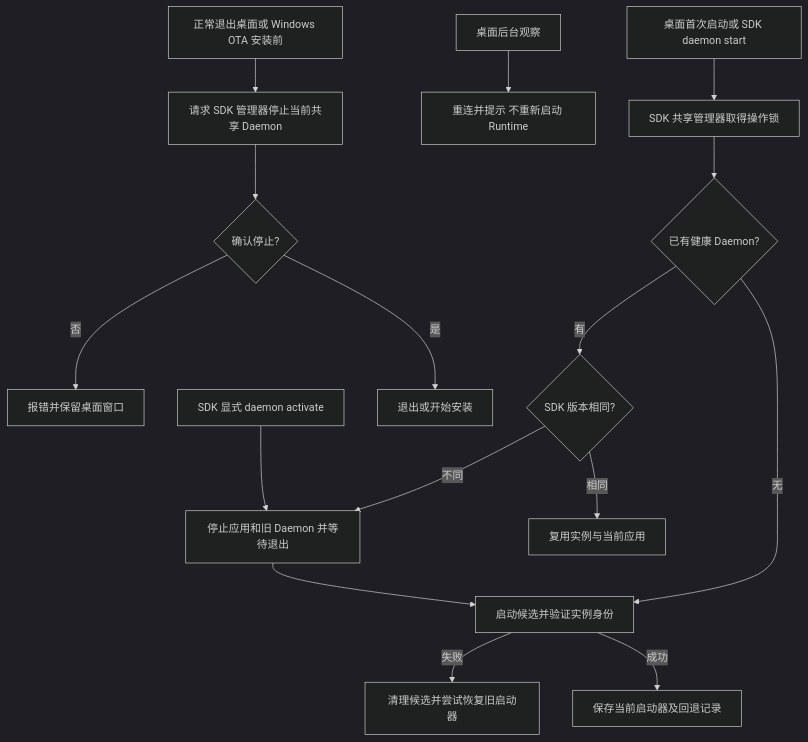
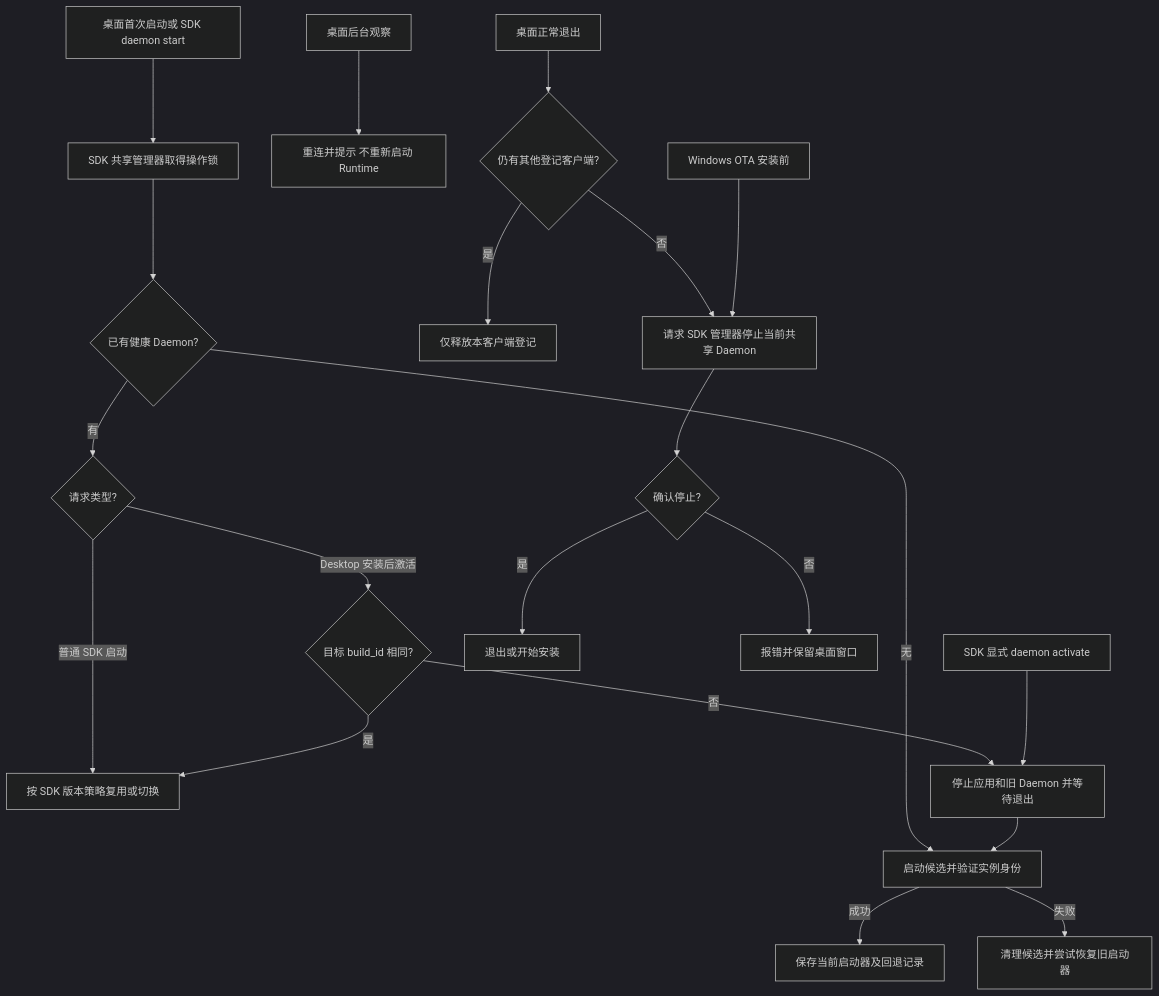
One commit to orulink-ai/WatcheRobot_python_sdk changed the diagram in docs/shared-runtime.zh-CN.md. Above: the diagram before and after it, drawn with Mermaid (dark theme). The commit also changed other lines of this file and 6 other files, not shown here.

````diff
--- a/docs/shared-runtime.zh-CN.md
+++ b/docs/shared-runtime.zh-CN.md
@@ -113,18 +113,23 @@
 ```mermaid
 flowchart TD
     A[桌面首次启动或 SDK daemon start] --> B[SDK 共享管理器取得操作锁]
     B --> C{已有健康 Daemon?}
     C -->|无| D[启动候选并验证实例身份]
-    C -->|有| E{SDK 版本相同?}
-    E -->|相同| F[复用实例与当前应用]
-    E -->|不同| G[停止应用和旧 Daemon 并等待退出]
+    C -->|有| E{请求类型?}
+    E -->|普通 SDK 启动| F[按 SDK 版本策略复用或切换]
+    E -->|Desktop 安装后激活| R{目标 build_id 相同?}
+    R -->|是| F
+    R -->|否| G[停止应用和旧 Daemon 并等待退出]
     G --> D
     D -->|成功| H[保存当前启动器及回退记录]
     D -->|失败| I[清理候选并尝试恢复旧启动器]
     J[SDK 显式 daemon activate] --> G
     K[桌面后台观察] --> L[重连并提示 不重新启动 Runtime]
-    M[正常退出桌面或 Windows OTA 安装前] --> N[请求 SDK 管理器停止当前共享 Daemon]
+    M[桌面正常退出] --> S{仍有其他登记客户端?}
+    S -->|是| T[仅释放本客户端登记]
+    S -->|否| N[请求 SDK 管理器停止当前共享 Daemon]
+    U[Windows OTA 安装前] --> N
     N --> O{确认停止?}
     O -->|是| P[退出或开始安装]
     O -->|否| Q[报错并保留桌面窗口]
 ```
````
